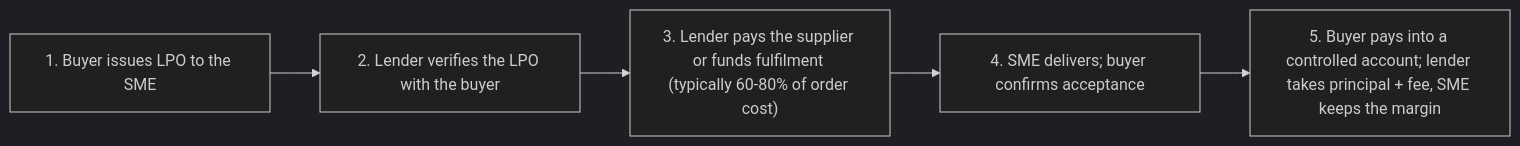
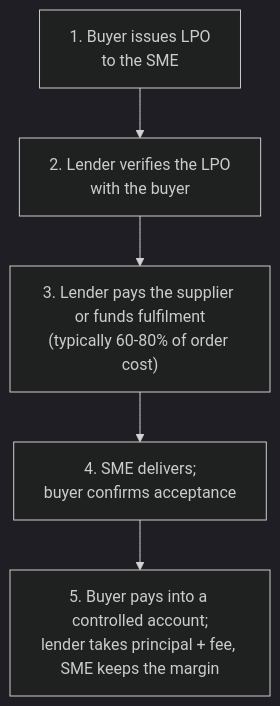
One commit to bengula/BengulaLive changed the diagram in Bengula-Jacob/content/banking-credit/sme-finance-handbook-kenya.md. Above: the diagram before and after it, drawn with Mermaid (dark theme). The commit also changed 12 other files, not shown here.

Commit message:
improved mermaid syntax

````diff
--- a/Bengula-Jacob/content/banking-credit/sme-finance-handbook-kenya.md
+++ b/Bengula-Jacob/content/banking-credit/sme-finance-handbook-kenya.md
@@ -134,7 +134,7 @@
 ```mermaid
-flowchart LR
-  A["1. Buyer issues LPO to the SME"] --> B["2. Lender verifies the LPO with the buyer"]
-  B --> C["3. Lender pays the supplier or funds fulfilment (typically 60-80% of order cost)"]
-  C --> D["4. SME delivers; buyer confirms acceptance"]
-  D --> E["5. Buyer pays into a controlled account; lender takes principal + fee, SME keeps the margin"]
+flowchart TD
+  A["1. Buyer issues LPO<br>to the SME"] --> B["2. Lender verifies the LPO<br>with the buyer"]
+  B --> C["3. Lender pays the supplier or funds fulfilment<br>(typically 60-80% of order cost)"]
+  C --> D["4. SME delivers;<br>buyer confirms acceptance"]
+  D --> E["5. Buyer pays into a controlled account;<br>lender takes principal + fee, SME keeps the margin"]
 ```
````
